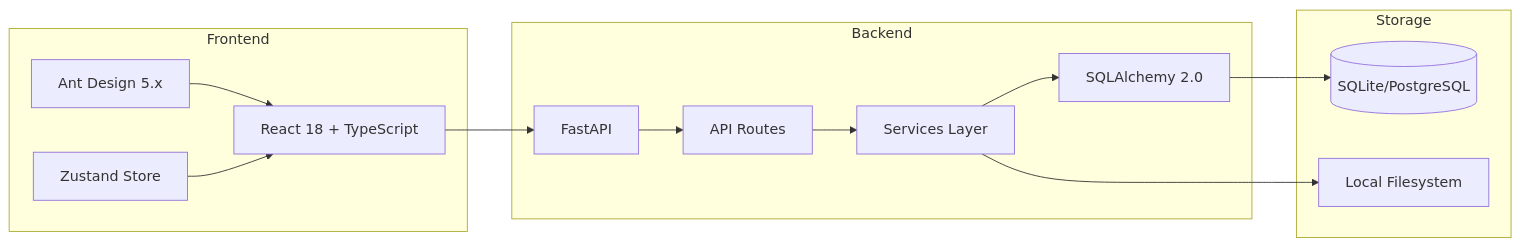
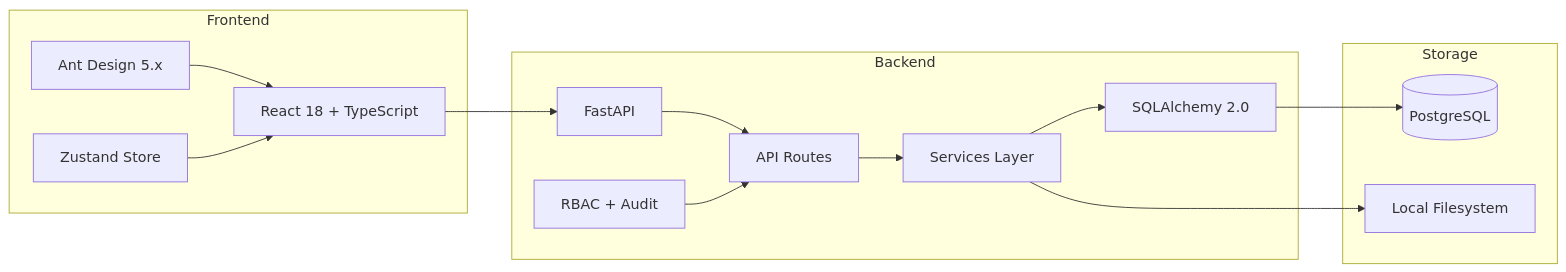
Before and after one commit to mjzboe/contract-template: the second of 4 diagrams in docs/report.md, drawn with Mermaid. The commit also changed other lines of this file and 19 other files, not shown here.

````diff
--- a/docs/report.md
+++ b/docs/report.md
@@ -46,26 +42,28 @@
 ```mermaid
 flowchart LR
     subgraph Frontend
         A[React 18 + TypeScript]
         B[Ant Design 5.x]
         C[Zustand Store]
     end
     subgraph Backend
         D[FastAPI]
         E[API Routes]
         F[Services Layer]
         G[SQLAlchemy 2.0]
+        J[RBAC + Audit]
     end
     subgraph Storage
-        H[(SQLite/PostgreSQL)]
+        H[(PostgreSQL)]
         I[Local Filesystem]
     end
     A --> D
     B --> A
     C --> A
     D --> E
     E --> F
     F --> G
     G --> H
     F --> I
+    J --> E
 ```
````
